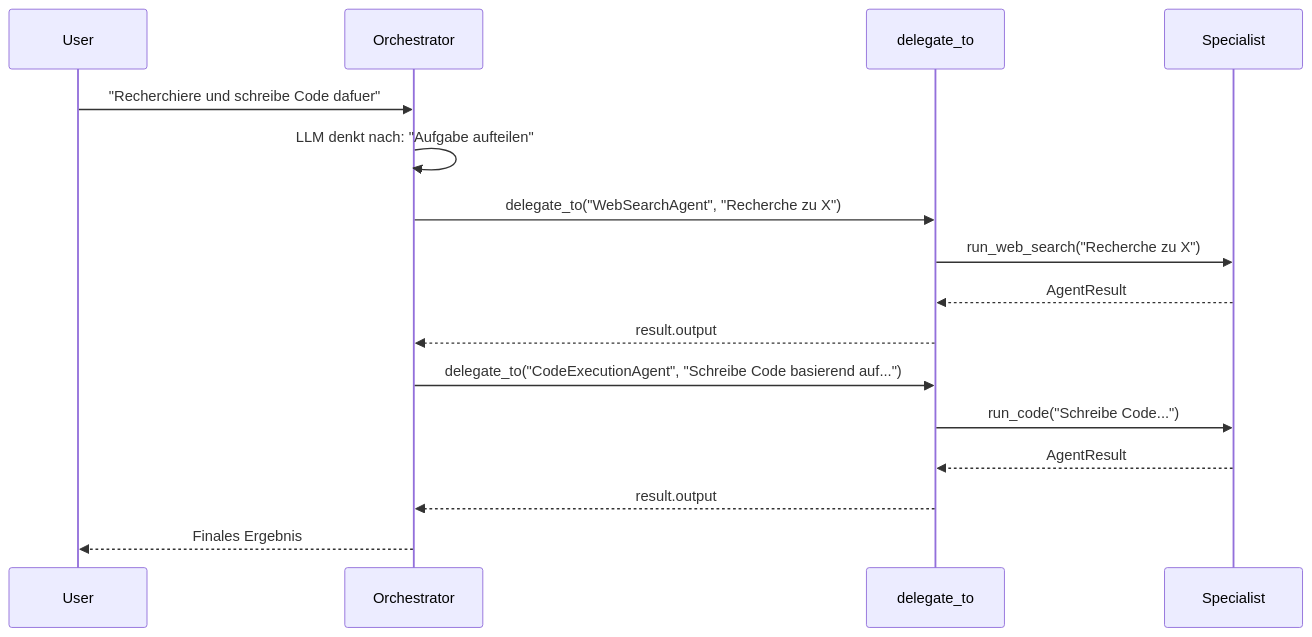
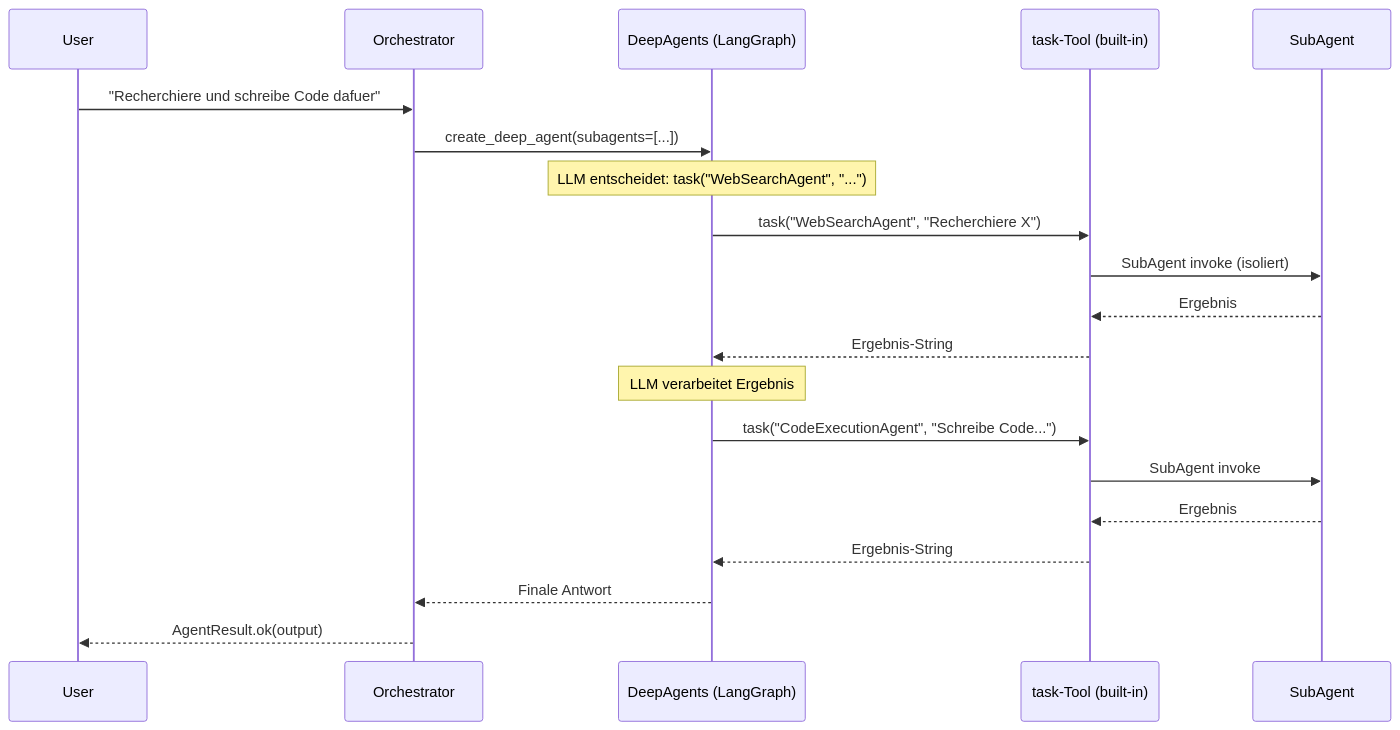
One commit to schraenko/agent-smith changed the fifth of 6 diagrams in docs/tutorial.md. Above: the diagram before and after it, drawn with Mermaid. The commit also changed other lines of this file and 26 other files, not shown here.

First line of the commit message:
DeepAgents-Migration + Doku-Update + misc-Ignore

````diff
--- a/docs/tutorial.md
+++ b/docs/tutorial.md
@@ -610,19 +595,23 @@
 ```mermaid
 sequenceDiagram
     participant U as User
     participant O as Orchestrator
-    participant D as delegate_to
-    participant S as Specialist
+    participant DA as DeepAgents (LangGraph)
+    participant T as task-Tool (built-in)
+    participant S as SubAgent
 
     U->>O: "Recherchiere und schreibe Code dafuer"
-    O->>O: LLM denkt nach: "Aufgabe aufteilen"
-    O->>D: delegate_to("WebSearchAgent", "Recherche zu X")
-    D->>S: run_web_search("Recherche zu X")
-    S-->>D: AgentResult
-    D-->>O: result.output
-    O->>D: delegate_to("CodeExecutionAgent", "Schreibe Code basierend auf...")
-    D->>S: run_code("Schreibe Code...")
-    S-->>D: AgentResult
-    D-->>O: result.output
-    O-->>U: Finales Ergebnis
+    O->>DA: create_deep_agent(subagents=[...])
+    Note over DA: LLM entscheidet: task("WebSearchAgent", "...")
+    DA->>T: task("WebSearchAgent", "Recherchiere X")
+    T->>S: SubAgent invoke (isoliert)
+    S-->>T: Ergebnis
+    T-->>DA: Ergebnis-String
+    Note over DA: LLM verarbeitet Ergebnis
+    DA->>T: task("CodeExecutionAgent", "Schreibe Code...")
+    T->>S: SubAgent invoke
+    S-->>T: Ergebnis
+    T-->>DA: Ergebnis-String
+    DA-->>O: Finale Antwort
+    O-->>U: AgentResult.ok(output)
 ```
````
